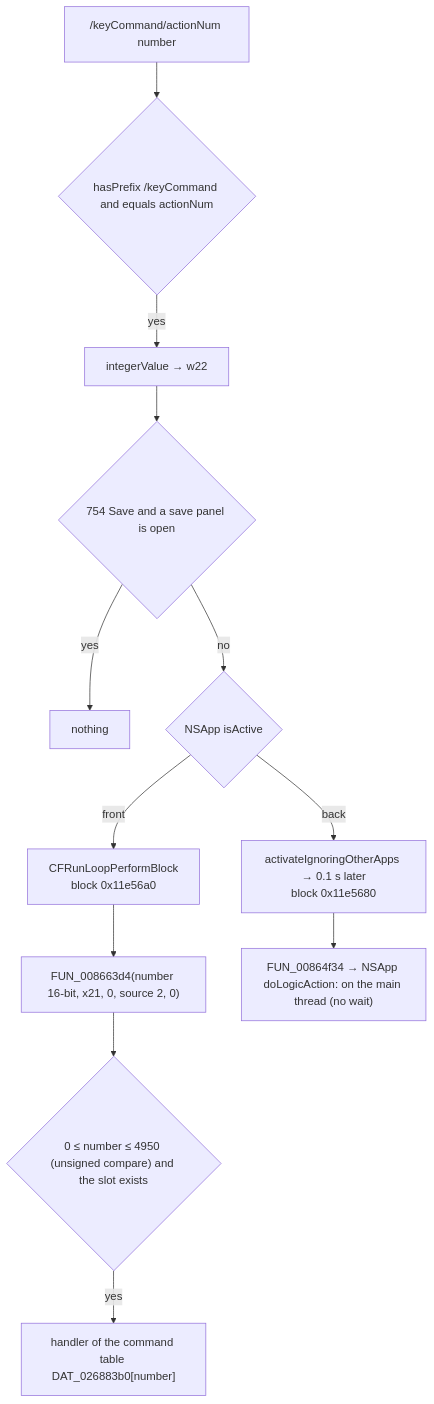
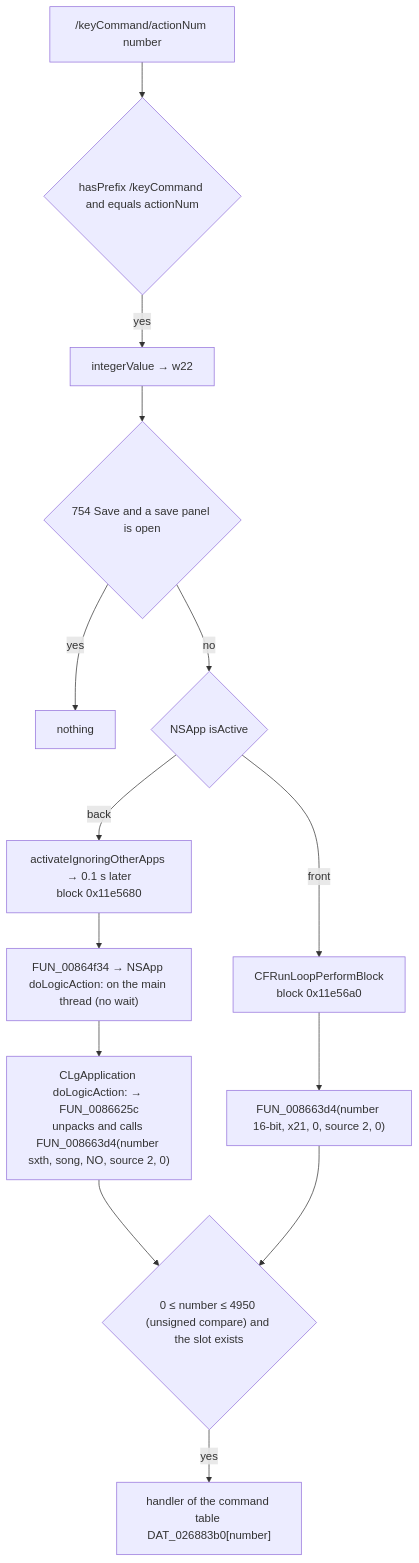
One commit to uniuninaruru/logic-pro-ctl changed the diagram in Research/static-analysis/SA-REMOTE-KEYCOMMAND-001.en.md. Above: the diagram before and after it, drawn with Mermaid. The commit also changed other lines of this file and 5 other files, not shown here.

First line of the commit message:
SA-REMOTE-KEYCOMMAND-001: the background actionNum path also reaches the dispatcher with source 2

````diff
--- a/Research/static-analysis/SA-REMOTE-KEYCOMMAND-001.en.md
+++ b/Research/static-analysis/SA-REMOTE-KEYCOMMAND-001.en.md
@@ -26,14 +26,16 @@
 ```mermaid
 flowchart TD
     A["/keyCommand/actionNum number"] --> B{"hasPrefix /keyCommand and equals actionNum"}
     B -->|yes| C["integerValue → w22"]
     C --> D{"754 Save and a save panel is open"}
     D -->|yes| X["nothing"]
     D -->|no| E{"NSApp isActive"}
     E -->|front| F["CFRunLoopPerformBlock<br/>block 0x11e56a0"]
     F --> G["FUN_008663d4(number 16-bit, x21, 0, source 2, 0)"]
     E -->|back| H["activateIgnoringOtherApps → 0.1 s later<br/>block 0x11e5680"]
     H --> I["FUN_00864f34 → NSApp doLogicAction: on the main thread (no wait)"]
+    I --> I2["CLgApplication doLogicAction: → FUN_0086625c<br/>unpacks and calls FUN_008663d4(number sxth, song, NO, source 2, 0)"]
+    I2 --> J
     G --> J{"0 ≤ number ≤ 4950 (unsigned compare) and the slot exists"}
     J -->|yes| K["handler of the command table DAT_026883b0[number]"]
 ```
````
